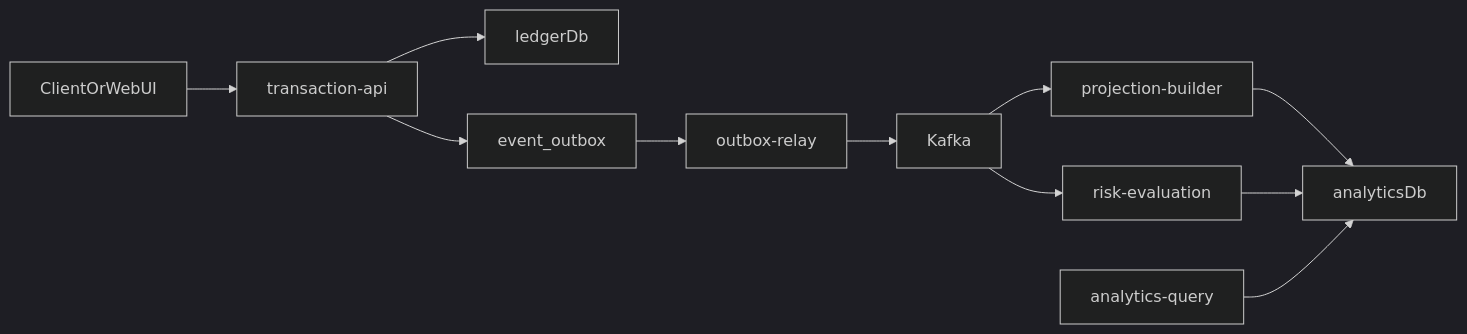
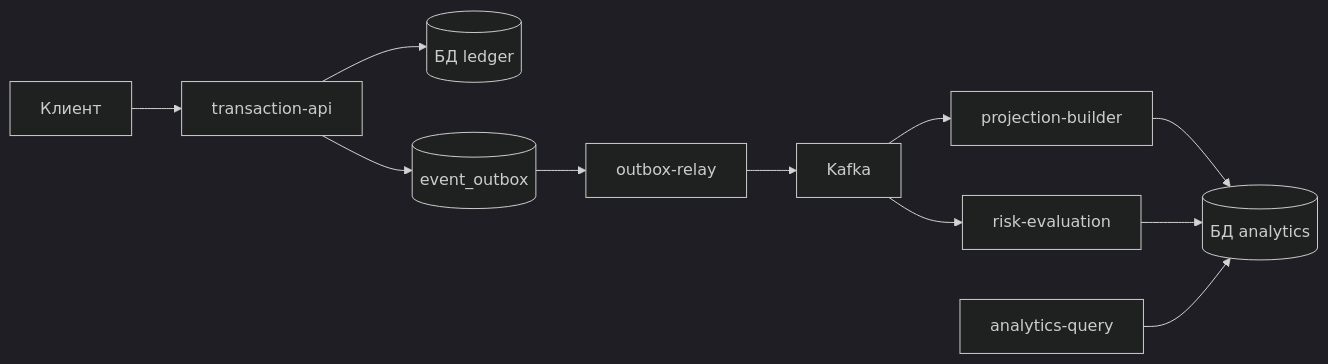
One commit to MAPiryazev/Diploma changed the diagram in README.md. Above: the diagram before and after it, drawn with Mermaid (dark theme). The commit also changed other lines of this file and 29 other files, not shown here.

````diff
--- a/README.md
+++ b/README.md
@@ -35,13 +28,13 @@
 ```mermaid
 flowchart LR
-    client[ClientOrWebUI] --> transactionApi[transaction-api]
-    transactionApi --> ledgerDb[ledgerDb]
-    transactionApi --> outbox[event_outbox]
+    client[Клиент] --> api[transaction-api]
+    api --> ledger[(БД ledger)]
+    api --> outbox[(event_outbox)]
     outbox --> relay[outbox-relay]
     relay --> kafka[Kafka]
-    kafka --> projectionBuilder[projection-builder]
-    kafka --> riskEvaluation[risk-evaluation]
-    projectionBuilder --> analyticsDb[analyticsDb]
-    riskEvaluation --> analyticsDb
-    analyticsQuery[analytics-query] --> analyticsDb
+    kafka --> proj[projection-builder]
+    kafka --> risk[risk-evaluation]
+    proj --> analytics[(БД analytics)]
+    risk --> analytics
+    query[analytics-query] --> analytics
 ```
````
